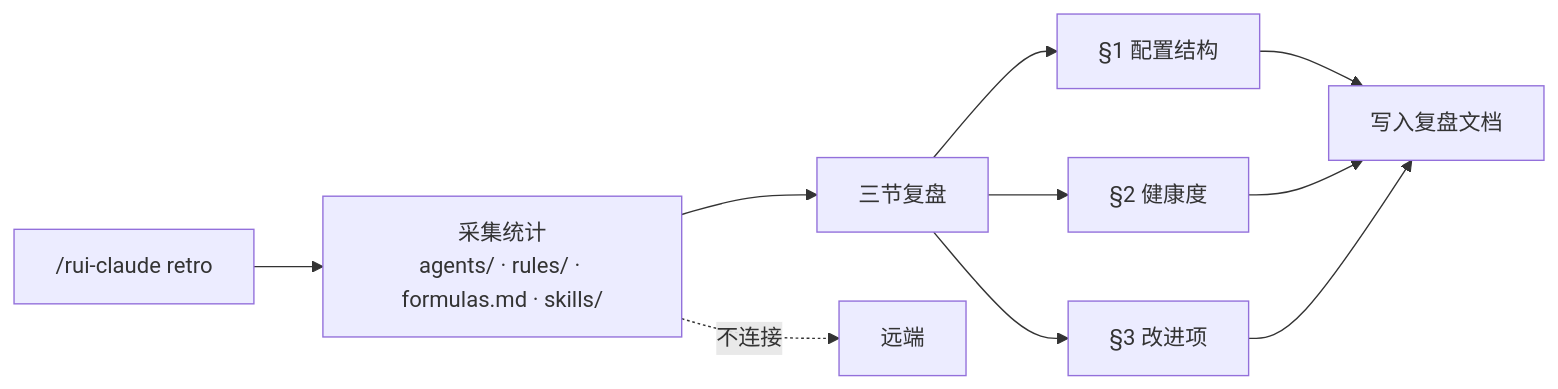
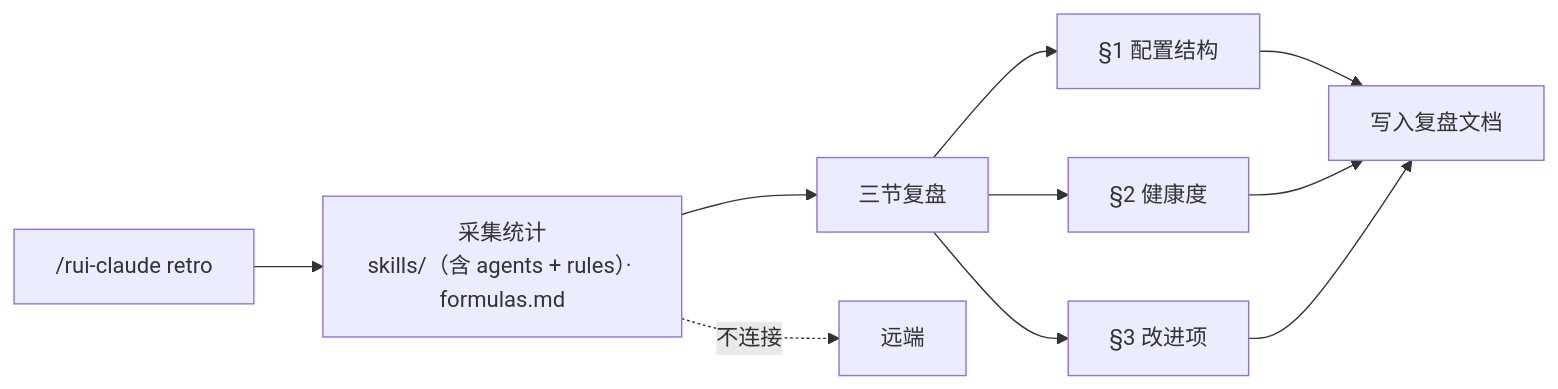
Before and after one commit to effiy/YrY: the fifth of 8 diagrams in skills/rui-claude/SKILL.md, drawn with Mermaid. The commit also changed other lines of this file and 168 other files, not shown here.

First line of the commit message:
refactor: consolidate agents/rules into skills, update cross-references

````diff
--- a/skills/rui-claude/SKILL.md
+++ b/skills/rui-claude/SKILL.md
@@ -124,13 +124,13 @@
 ```mermaid
 flowchart LR
-    TRIGGER["/rui-claude retro"]:::src --> COLLECT["采集统计<br/>agents/ · rules/ · formulas.md · skills/"]:::op
+    TRIGGER["/rui-claude retro"]:::src --> COLLECT["采集统计<br/>skills/（含 agents + rules）· formulas.md"]:::op
     COLLECT --> WRITE["三节复盘"]:::op
     WRITE --> S1["§1 配置结构"]:::section
     WRITE --> S2["§2 健康度"]:::section
     WRITE --> S3["§3 改进项"]:::section
     S1 & S2 & S3 --> OUT["写入复盘文档"]:::out
 
     COLLECT -.->|"不连接"| REMOTE["远端"]:::no
 
 
 ```
````
